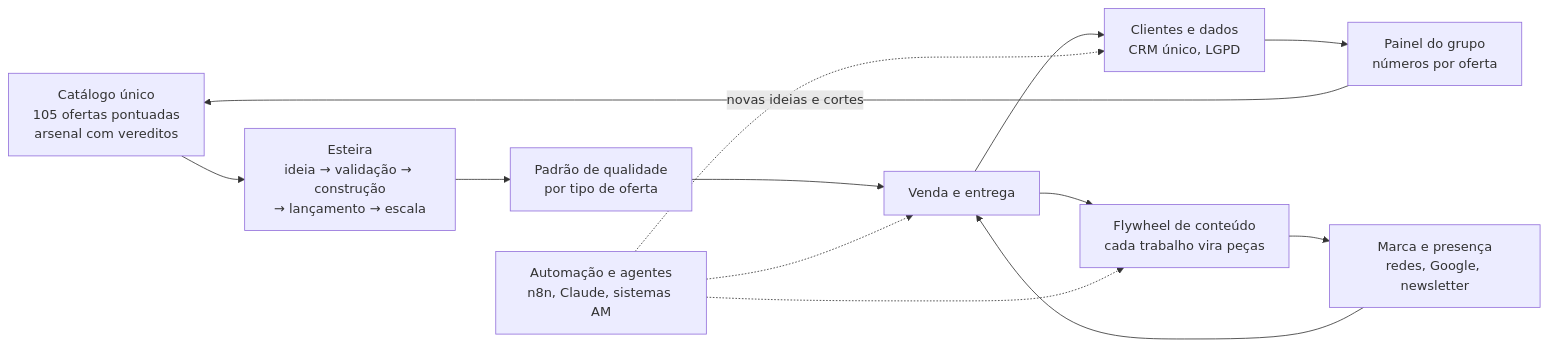
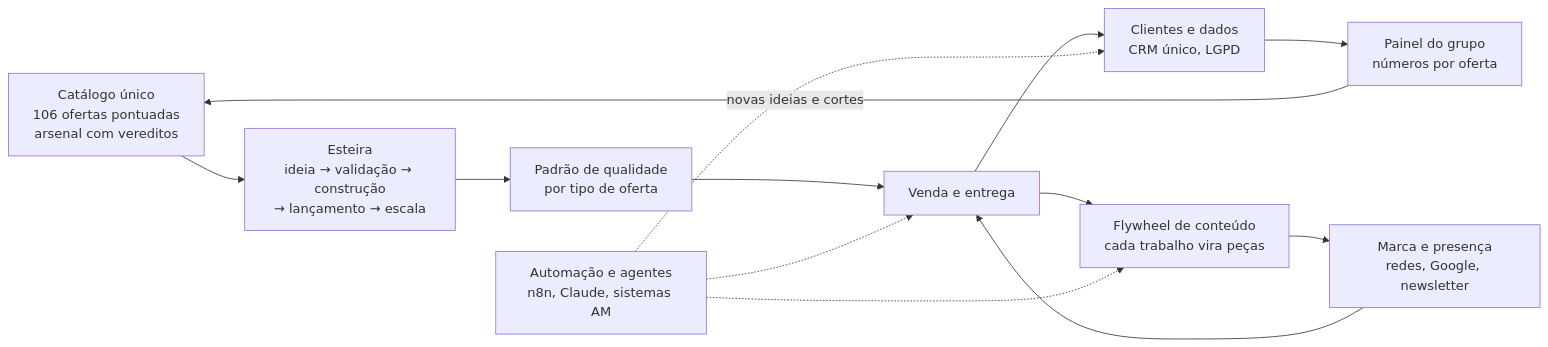
One commit to AlanMateus17/dev-setup changed the diagram in docs/operacao/README.md. Above: the diagram before and after it, drawn with Mermaid. The commit also changed 19 other files, not shown here.

````diff
--- a/docs/operacao/README.md
+++ b/docs/operacao/README.md
@@ -11,15 +11,15 @@
 ```mermaid
 flowchart LR
-  C["Catálogo único<br/>105 ofertas pontuadas<br/>arsenal com vereditos"] --> E["Esteira<br/>ideia → validação → construção<br/>→ lançamento → escala"]
+  C["Catálogo único<br/>106 ofertas pontuadas<br/>arsenal com vereditos"] --> E["Esteira<br/>ideia → validação → construção<br/>→ lançamento → escala"]
   E --> Q["Padrão de qualidade<br/>por tipo de oferta"]
   Q --> V["Venda e entrega"]
   V --> D["Clientes e dados<br/>CRM único, LGPD"]
   V --> F["Flywheel de conteúdo<br/>cada trabalho vira peças"]
   F --> M["Marca e presença<br/>redes, Google, newsletter"]
   M --> V
   D --> P["Painel do grupo<br/>números por oferta"]
   P -->|"novas ideias e cortes"| C
   A["Automação e agentes<br/>n8n, Claude, sistemas AM"] -.-> V
   A -.-> F
   A -.-> D
 ```
````
